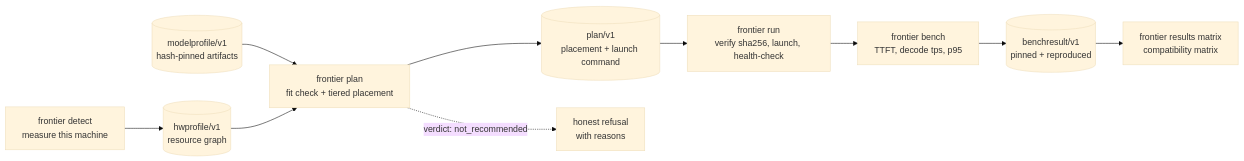
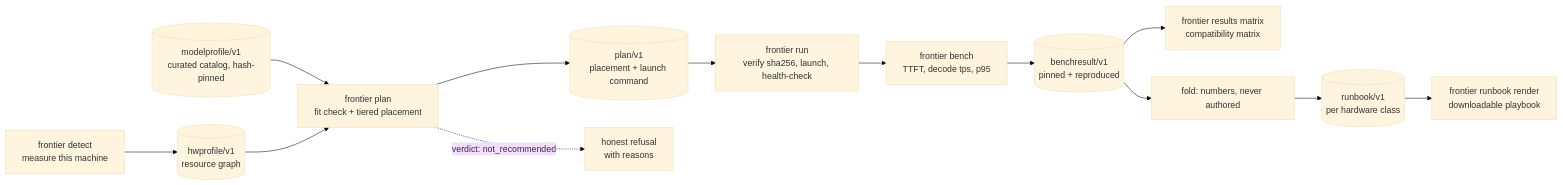
The diagram in README.md (Brianletort/Frontier-Bridge), drawn with Mermaid (base theme) before and after one commit. The commit also changed other lines of this file and 6 other files, not shown here.

First line of the commit message:
Tell the runbook story: README, roadmap resequencing, new visuals

````diff
--- a/README.md
+++ b/README.md
@@ -131,12 +151,15 @@
 ```mermaid
 flowchart LR
     detect["frontier detect<br/>measure this machine"] --> hw[("hwprofile/v1<br/>resource graph")]
-    models[("modelprofile/v1<br/>hash-pinned artifacts")] --> plan
+    models[("modelprofile/v1<br/>curated catalog, hash-pinned")] --> plan
     hw --> plan["frontier plan<br/>fit check + tiered placement"]
     plan --> planfile[("plan/v1<br/>placement + launch command")]
     planfile --> run["frontier run<br/>verify sha256, launch, health-check"]
     run --> bench["frontier bench<br/>TTFT, decode tps, p95"]
     bench --> result[("benchresult/v1<br/>pinned + reproduced")]
     result --> matrix["frontier results matrix<br/>compatibility matrix"]
+    result --> runbookFold["fold: numbers, never authored"]
+    runbookFold --> runbookFile[("runbook/v1<br/>per hardware class")]
+    runbookFile --> rendered["frontier runbook render<br/>downloadable playbook"]
     plan -. "verdict: not_recommended" .-> refusal["honest refusal<br/>with reasons"]
 ```
````
